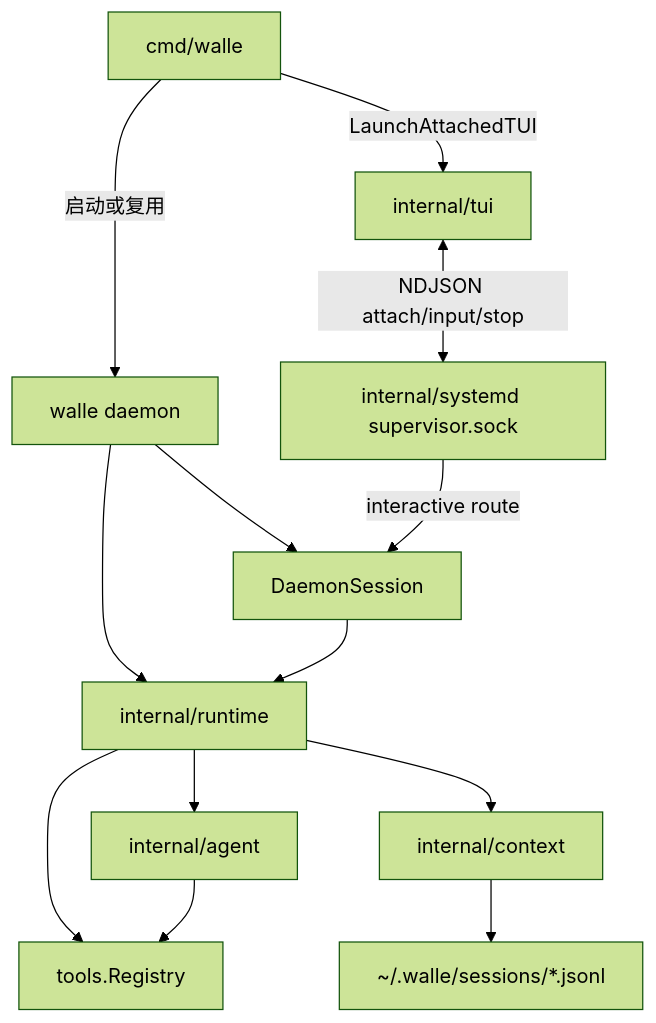
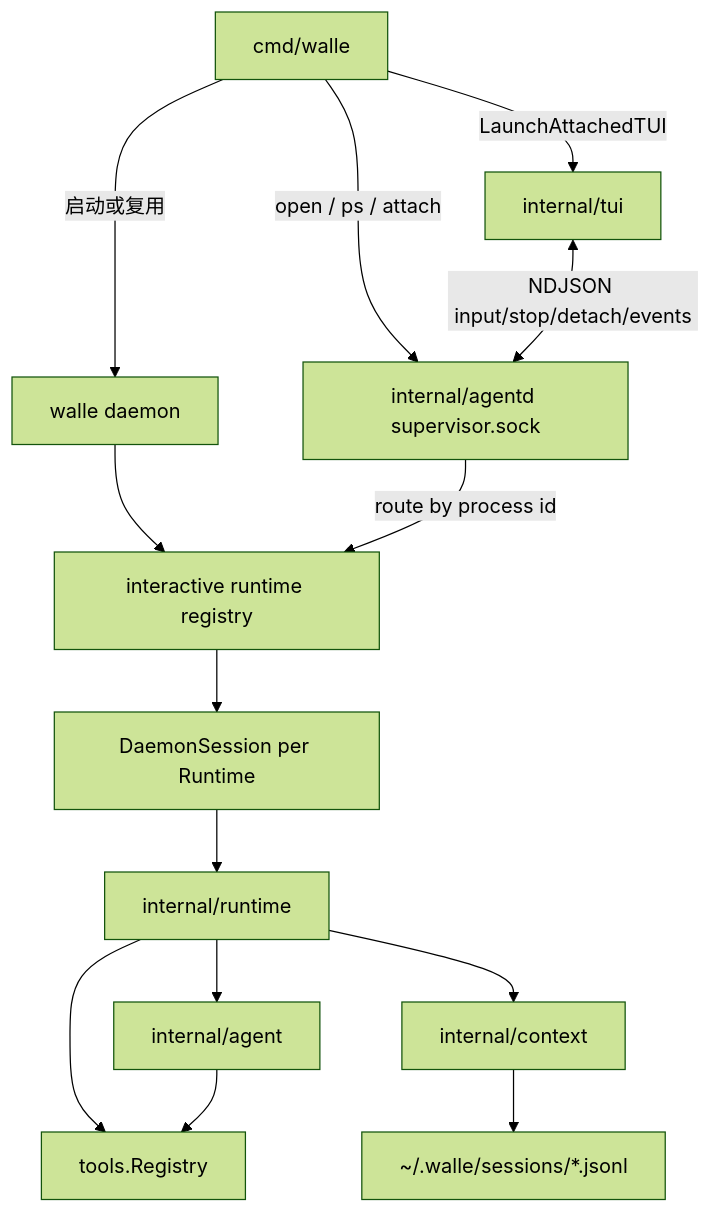
The diagram in doc/topology.md (Ozqi/5hAgent), drawn with Mermaid (forest theme) before and after one commit. The commit also changed other lines of this file and 43 other files, not shown here.

Commit message:
refactor(runtime): rename supervisor to agentd

````diff
--- a/doc/topology.md
+++ b/doc/topology.md
@@ -10,15 +10,16 @@
 ```mermaid
 flowchart TB
   CLI[cmd/walle] -->|启动或复用| Daemon[walle daemon]
+  CLI -->|open / ps / attach| Control[internal/agentd supervisor.sock]
   CLI -->|LaunchAttachedTUI| TUI[internal/tui]
-  TUI <-->|NDJSON attach/input/stop| Control[internal/systemd supervisor.sock]
-  Daemon --> Runtime[internal/runtime]
-  Daemon --> Session[DaemonSession]
-  Control -->|interactive route| Session
-  Session --> Runtime
+  TUI <-->|NDJSON input/stop/detach/events| Control
+  Daemon --> Registry[interactive runtime registry]
+  Registry --> Session[DaemonSession per Runtime]
+  Control -->|route by process id| Registry
+  Session --> Runtime[internal/runtime]
   Runtime --> Agent[internal/agent]
   Runtime --> Context[internal/context]
-  Runtime --> Registry[tools.Registry]
-  Agent --> Registry
+  Runtime --> Tools[tools.Registry]
+  Agent --> Tools
   Context --> Store[~/.walle/sessions/*.jsonl]
 ```
````
